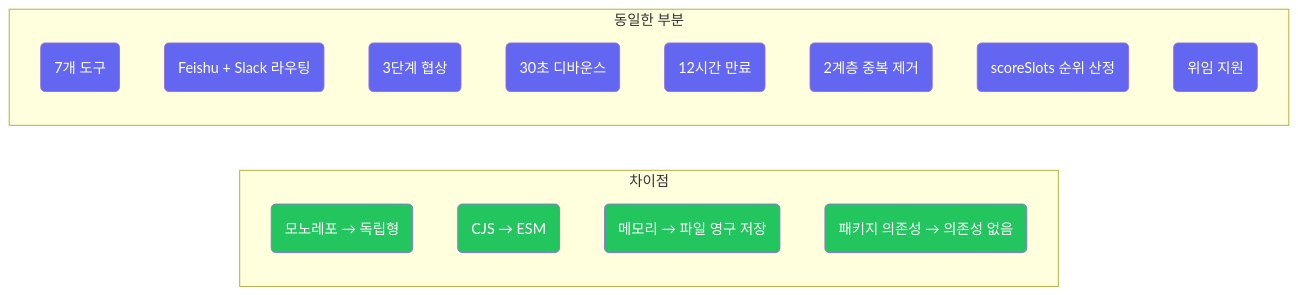
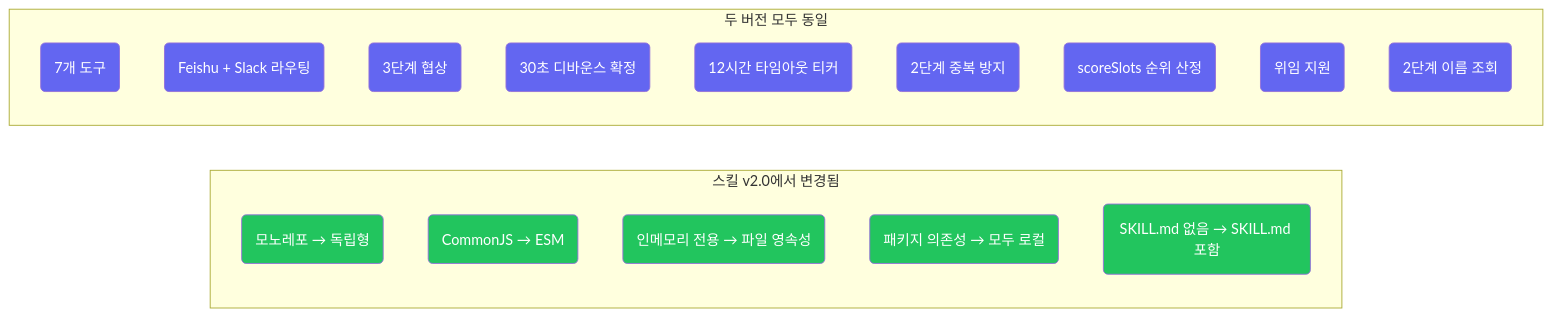
One commit to javana3/claw_meeting_all changed diagram 13 of 13 in README.ko.md. Above: the diagram before and after it, drawn with Mermaid. The commit also changed other lines of this file and 4 other files, not shown here.

First line of the commit message:
docs: rewrite all 5 READMEs with detailed Plugin/Skill flow + diff

````diff
--- a/README.ko.md
+++ b/README.ko.md
@@ -289,33 +469,37 @@
 ```mermaid
 graph LR
-    subgraph "차이점"
+    subgraph "스킬 v2.0에서 변경됨"
         D1(모노레포 → 독립형)
-        D2(CJS → ESM)
-        D3(메모리 → 파일 영구 저장)
-        D4(패키지 의존성 → 의존성 없음)
+        D2(CommonJS → ESM)
+        D3(인메모리 전용 → 파일 영속성)
+        D4(패키지 의존성 → 모두 로컬)
+        D5(SKILL.md 없음 → SKILL.md 포함)
     end
 
-    subgraph "동일한 부분"
+    subgraph "두 버전 모두 동일"
         S1(7개 도구)
         S2(Feishu + Slack 라우팅)
         S3(3단계 협상)
-        S4(30초 디바운스)
-        S5(12시간 만료)
-        S6(2계층 중복 제거)
+        S4(30초 디바운스 확정)
+        S5(12시간 타임아웃 티커)
+        S6(2단계 중복 방지)
         S7(scoreSlots 순위 산정)
         S8(위임 지원)
+        S9(2단계 이름 조회)
     end
 
     style D1 fill:#22c55e,color:#fff
     style D2 fill:#22c55e,color:#fff
     style D3 fill:#22c55e,color:#fff
     style D4 fill:#22c55e,color:#fff
+    style D5 fill:#22c55e,color:#fff
     style S1 fill:#6366f1,color:#fff
     style S2 fill:#6366f1,color:#fff
     style S3 fill:#6366f1,color:#fff
     style S4 fill:#6366f1,color:#fff
     style S5 fill:#6366f1,color:#fff
     style S6 fill:#6366f1,color:#fff
     style S7 fill:#6366f1,color:#fff
     style S8 fill:#6366f1,color:#fff
+    style S9 fill:#6366f1,color:#fff
 ```
````
